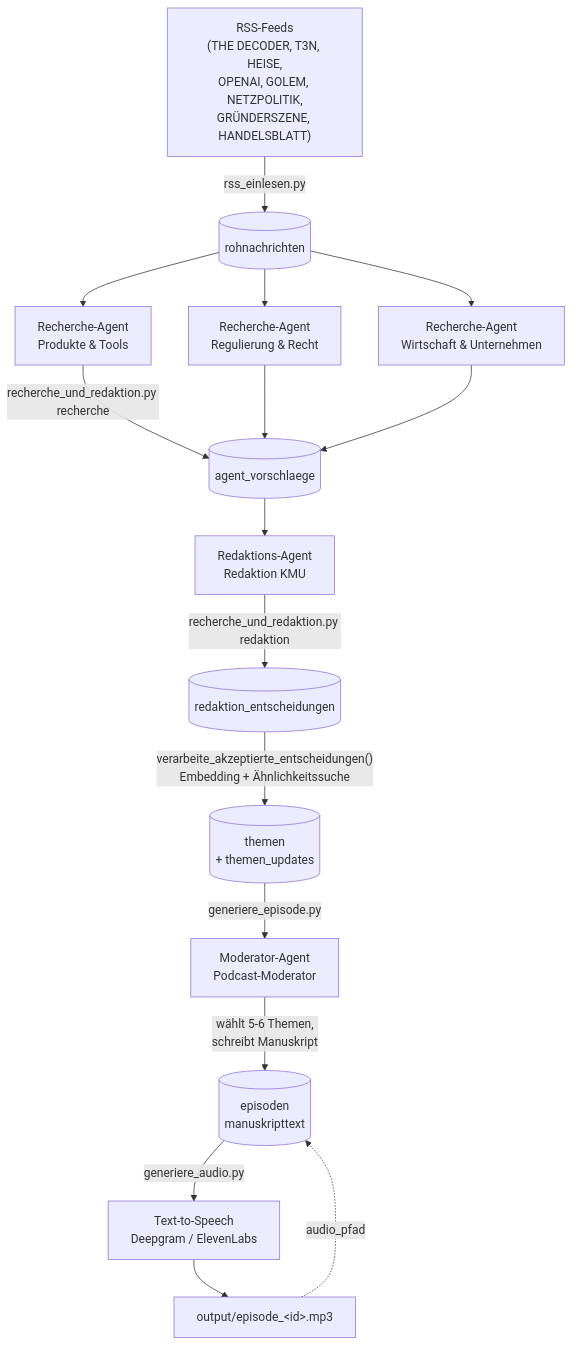
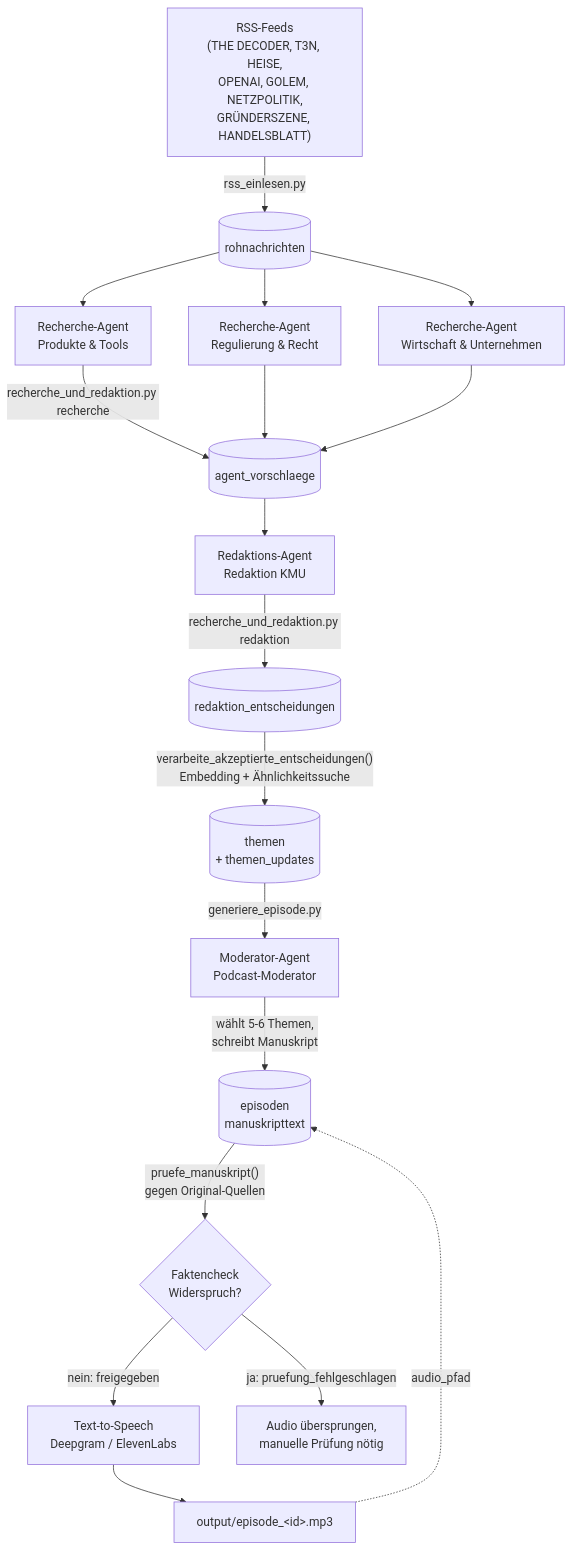
One commit to SaschaPetro/Podcast changed the diagram in README.md. Above: the diagram before and after it, drawn with Mermaid. The commit also changed other lines of this file and 3 other files, not shown here.

First line of the commit message:
Faktencheck-Schritt zwischen Manuskript und Audio einbauen

````diff
--- a/README.md
+++ b/README.md
@@ -9,24 +9,26 @@
 ```mermaid
 flowchart TD
     RSS["RSS-Feeds<br/>(THE DECODER, T3N, HEISE,<br/>OPENAI, GOLEM, NETZPOLITIK,<br/>GRÜNDERSZENE, HANDELSBLATT)"] -->|rss_einlesen.py| ROH[("rohnachrichten")]
 
     ROH --> RA1["Recherche-Agent<br/>Produkte & Tools"]
     ROH --> RA2["Recherche-Agent<br/>Regulierung & Recht"]
     ROH --> RA3["Recherche-Agent<br/>Wirtschaft & Unternehmen"]
 
     RA1 -->|recherche_und_redaktion.py recherche| VOR[("agent_vorschlaege")]
     RA2 --> VOR
     RA3 --> VOR
 
     VOR --> RED["Redaktions-Agent<br/>Redaktion KMU"]
     RED -->|recherche_und_redaktion.py redaktion| ENT[("redaktion_entscheidungen")]
 
     ENT -->|"verarbeite_akzeptierte_entscheidungen()<br/>Embedding + Ähnlichkeitssuche"| THE[("themen<br/>+ themen_updates")]
 
     THE -->|generiere_episode.py| MOD["Moderator-Agent<br/>Podcast-Moderator"]
     MOD -->|"wählt 5-6 Themen,<br/>schreibt Manuskript"| EP[("episoden<br/>manuskripttext")]
 
-    EP -->|generiere_audio.py| TTS["Text-to-Speech<br/>Deepgram / ElevenLabs"]
+    EP -->|"pruefe_manuskript()<br/>gegen Original-Quellen"| FC{"Faktencheck<br/>Widerspruch?"}
+    FC -->|nein: freigegeben| TTS["Text-to-Speech<br/>Deepgram / ElevenLabs"]
+    FC -->|ja: pruefung_fehlgeschlagen| STOP["Audio übersprungen,<br/>manuelle Prüfung nötig"]
     TTS --> MP3["output/episode_&lt;id&gt;.mp3"]
     MP3 -.->|audio_pfad| EP
 ```
````
